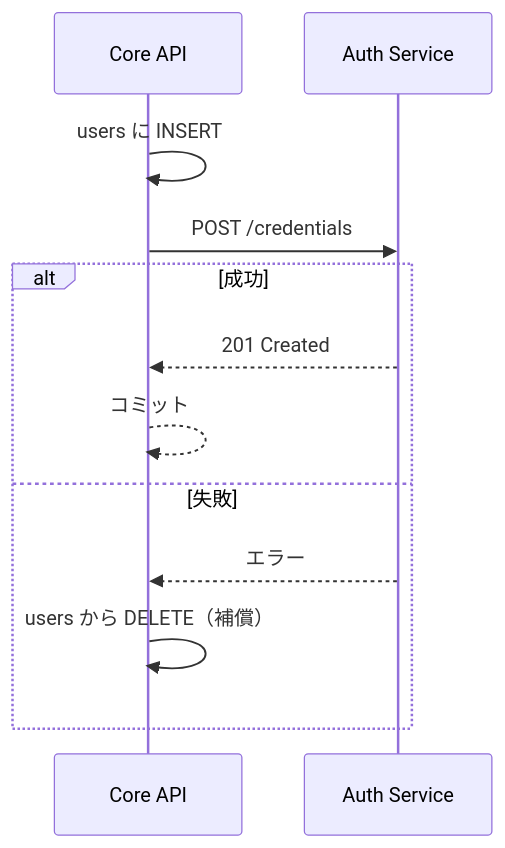
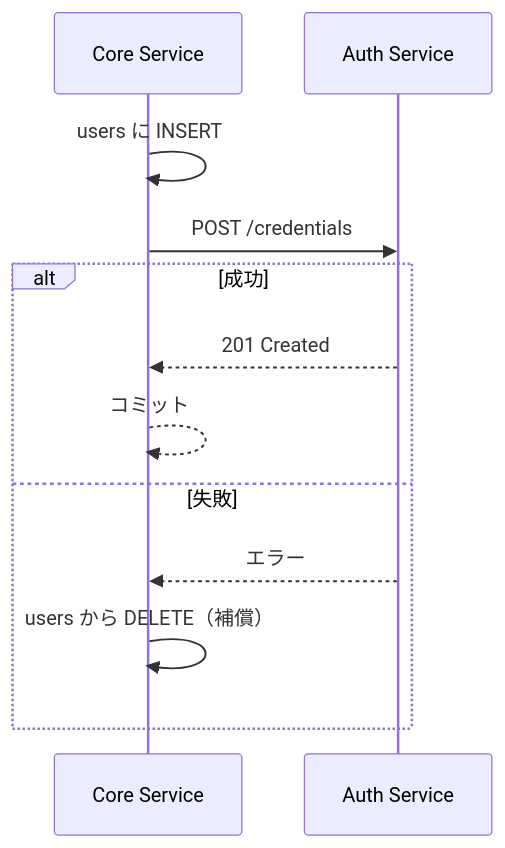
The third of 4 diagrams in docs/06_技術ノート/マイクロサービス間のデータ整合性.md (ka2kama/ringiflow), drawn with Mermaid before and after one commit. The commit also changed other lines of this file and 55 other files, not shown here.

````diff
--- a/docs/06_技術ノート/マイクロサービス間のデータ整合性.md
+++ b/docs/06_技術ノート/マイクロサービス間のデータ整合性.md
@@ -71,16 +71,16 @@
 ```mermaid
 sequenceDiagram
-    participant CoreAPI as Core API
+    participant CoreService as Core Service
     participant AuthService as Auth Service
 
-    CoreAPI->>CoreAPI: users に INSERT
-    CoreAPI->>AuthService: POST /credentials
+    CoreService->>CoreService: users に INSERT
+    CoreService->>AuthService: POST /credentials
 
     alt 成功
-        AuthService-->>CoreAPI: 201 Created
-        CoreAPI-->>CoreAPI: コミット
+        AuthService-->>CoreService: 201 Created
+        CoreService-->>CoreService: コミット
     else 失敗
-        AuthService-->>CoreAPI: エラー
-        CoreAPI->>CoreAPI: users から DELETE（補償）
+        AuthService-->>CoreService: エラー
+        CoreService->>CoreService: users から DELETE（補償）
     end
 ```
````
